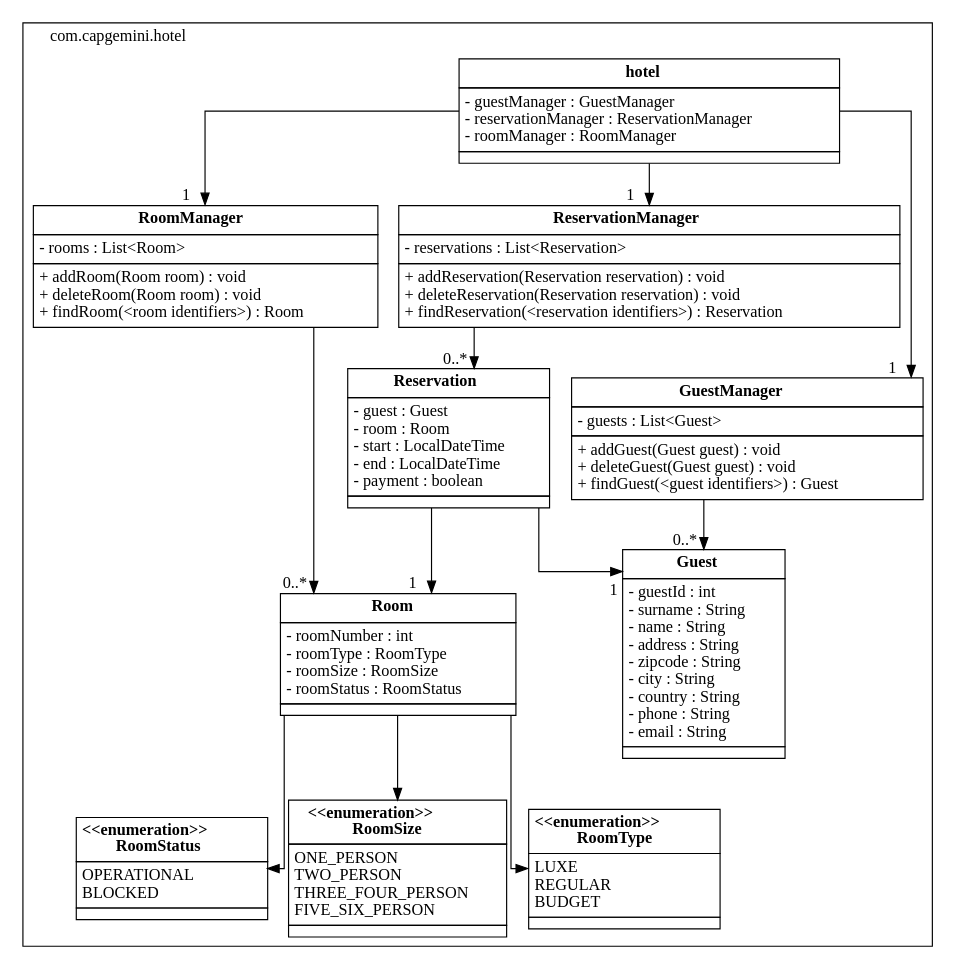
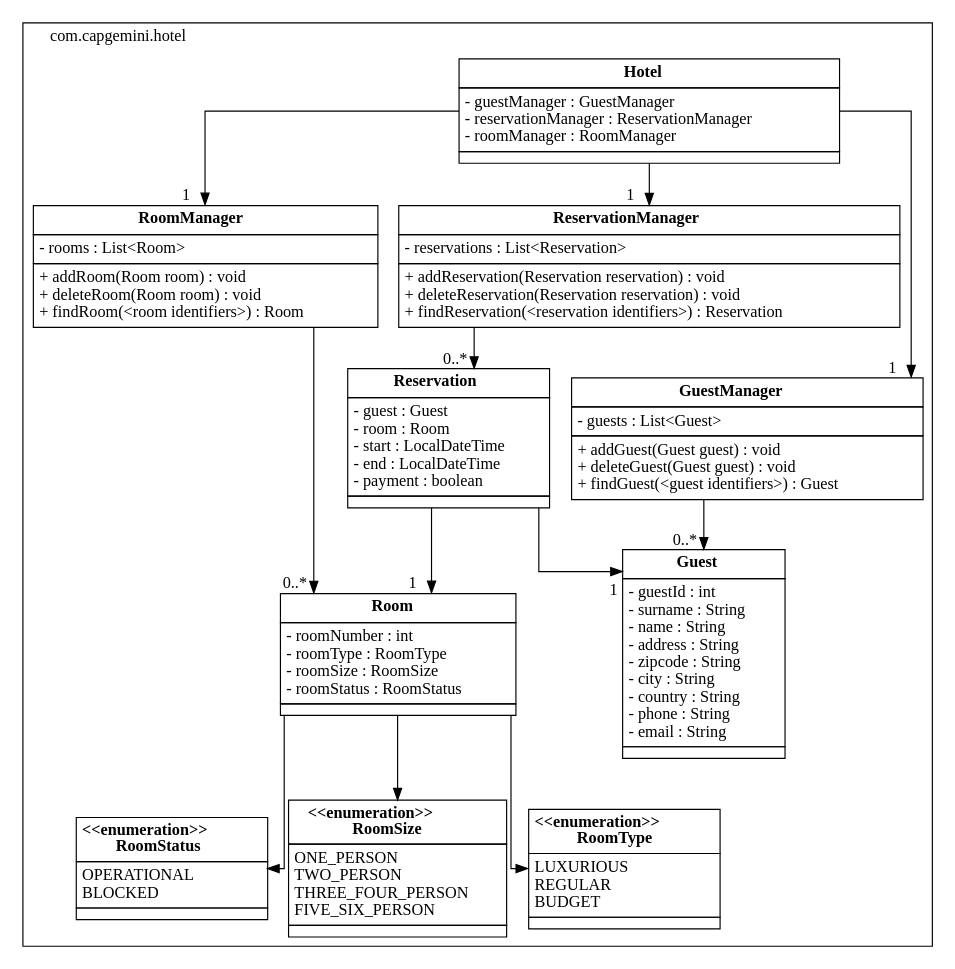
Before and after one commit to Gh0stR0ck/set-hotel-app: the diagram in documents/class_diagram.dot, drawn with Graphviz. The commit also changed 1 other file, not shown here.

```diff
--- a/documents/class_diagram.dot
+++ b/documents/class_diagram.dot
@@ -1,190 +1,190 @@
 digraph {
 	forcelabels=true;
 	rankdir="TD";
 	splines=ortho;
 	
 	edge [
 		labelangle=65;
 		labeldistance=1.8;
 	];
 	
 	node [
 		shape=none;
 		margin=0;
 	];
 	
 	subgraph cluster_capgemini_hotel {
 		label="com.capgemini.hotel";
 		labeljust="l";
 		
 		room_status [
 			label=<<TABLE BORDER="0" CELLBORDER="1" CELLSPACING="0" CELLPADDING="4">
 				<TR><TD ALIGN="CENTER" BALIGN="CENTER"><B>
 					&lt;&lt;enumeration&gt;&gt; <BR/>
 					RoomStatus
 				</B></TD></TR>
 				<TR><TD ALIGN="LEFT" BALIGN="LEFT">
 					OPERATIONAL <BR/>
 					BLOCKED
 				</TD></TR>
 				<TR><TD ALIGN="LEFT" BALIGN="LEFT">
 				</TD></TR>
 			</TABLE>>
 		];
 		room_size [
 			label=<<TABLE BORDER="0" CELLBORDER="1" CELLSPACING="0" CELLPADDING="4">
 				<TR><TD ALIGN="CENTER" BALIGN="CENTER"><B>
 					&lt;&lt;enumeration&gt;&gt; <BR/>
 					RoomSize
 				</B></TD></TR>
 				<TR><TD ALIGN="LEFT" BALIGN="LEFT">
 					ONE_PERSON <BR/>
 					TWO_PERSON <BR/>
 					THREE_FOUR_PERSON <BR/>
 					FIVE_SIX_PERSON
 				</TD></TR>
 				<TR><TD ALIGN="LEFT" BALIGN="LEFT">
 				</TD></TR>
 			</TABLE>>
 		];
 		room_type [
 			label=<<TABLE BORDER="0" CELLBORDER="1" CELLSPACING="0" CELLPADDING="4">
 				<TR><TD ALIGN="CENTER" BALIGN="CENTER"><B>
 					&lt;&lt;enumeration&gt;&gt; <BR/>
 					RoomType
 				</B></TD></TR>
 				<TR><TD ALIGN="LEFT" BALIGN="LEFT">
-					LUXE <BR/>
+					LUXURIOUS <BR/>
 					REGULAR <BR/>
 					BUDGET
 				</TD></TR>
 				<TR><TD ALIGN="LEFT" BALIGN="LEFT">
 				</TD></TR>
 			</TABLE>>
 		];
 		room [
 			label=<<TABLE BORDER="0" CELLBORDER="1" CELLSPACING="0" CELLPADDING="4">
 				<TR><TD ALIGN="CENTER" BALIGN="CENTER"><B>
 					Room
 				</B></TD></TR>
 				<TR><TD ALIGN="LEFT" BALIGN="LEFT">
 					- roomNumber : int<BR/>
 					- roomType : RoomType<BR/>
 					- roomSize : RoomSize<BR/>
 					- roomStatus : RoomStatus
 				</TD></TR>
 				<TR><TD ALIGN="LEFT" BALIGN="LEFT">
 				</TD></TR>
 			</TABLE>>
 		];
 		reservation [
 			label=<<TABLE BORDER="0" CELLBORDER="1" CELLSPACING="0" CELLPADDING="4">
 				<TR><TD ALIGN="CENTER" BALIGN="CENTER"><B>
 					Reservation
 				</B></TD></TR>
 				<TR><TD ALIGN="LEFT" BALIGN="LEFT">
 					- guest : Guest<BR/>
 					- room : Room<BR/>
 					- start : LocalDateTime<BR/>
 					- end : LocalDateTime<BR/>
 					- payment : boolean
 				</TD></TR>
 				<TR><TD ALIGN="LEFT" BALIGN="LEFT">
 				</TD></TR>
 			</TABLE>>
 		];
 		guest [
 			label=<<TABLE BORDER="0" CELLBORDER="1" CELLSPACING="0" CELLPADDING="4">
 				<TR><TD ALIGN="CENTER" BALIGN="CENTER"><B>
 					Guest
 				</B></TD></TR>
 				<TR><TD ALIGN="LEFT" BALIGN="LEFT">
 					- guestId : int<BR/>
 					- surname : String<BR/>
 					- name : String<BR/>
 					- address : String<BR/>
 					- zipcode : String<BR/>
 					- city : String<BR/>
 					- country : String<BR/>
 					- phone : String<BR/>
 					- email : String
 				</TD></TR>
 				<TR><TD ALIGN="LEFT" BALIGN="LEFT">
 				</TD></TR>
 			</TABLE>>
 		];
 		room_manager [
 			label=<<TABLE BORDER="0" CELLBORDER="1" CELLSPACING="0" CELLPADDING="4">
 				<TR><TD ALIGN="CENTER" BALIGN="CENTER"><B>
 					RoomManager
 				</B></TD></TR>
 				<TR><TD ALIGN="LEFT" BALIGN="LEFT">
 					- rooms : List&lt;Room&gt;
 				</TD></TR>
 				<TR><TD ALIGN="LEFT" BALIGN="LEFT">
 					+ addRoom(Room room) : void<BR/>
 					+ deleteRoom(Room room) : void<BR/>
 					+ findRoom(&lt;room identifiers&gt;) : Room
 				</TD></TR>
 			</TABLE>>
 		];
 		guest_manager [
 			label=<<TABLE BORDER="0" CELLBORDER="1" CELLSPACING="0" CELLPADDING="4">
 				<TR><TD ALIGN="CENTER" BALIGN="CENTER"><B>
 					GuestManager
 				</B></TD></TR>
 				<TR><TD ALIGN="LEFT" BALIGN="LEFT">
 					- guests : List&lt;Guest&gt;
 				</TD></TR>
 				<TR><TD ALIGN="LEFT" BALIGN="LEFT">
 					+ addGuest(Guest guest) : void<BR/>
 					+ deleteGuest(Guest guest) : void<BR/>
 					+ findGuest(&lt;guest identifiers&gt;) : Guest
 				</TD></TR>
 			</TABLE>>
 		];
 		reservation_manager [
 			label=<<TABLE BORDER="0" CELLBORDER="1" CELLSPACING="0" CELLPADDING="4">
 				<TR><TD ALIGN="CENTER" BALIGN="CENTER"><B>
 					ReservationManager
 				</B></TD></TR>
 				<TR><TD ALIGN="LEFT" BALIGN="LEFT">
 					- reservations : List&lt;Reservation&gt;
 				</TD></TR>
 				<TR><TD ALIGN="LEFT" BALIGN="LEFT">
 					+ addReservation(Reservation reservation) : void<BR/>
 					+ deleteReservation(Reservation reservation) : void<BR/>
 					+ findReservation(&lt;reservation identifiers&gt;) : Reservation
 				</TD></TR>
 			</TABLE>>
 		];
 		hotel [
 			label=<<TABLE BORDER="0" CELLBORDER="1" CELLSPACING="0" CELLPADDING="4">
 				<TR><TD ALIGN="CENTER" BALIGN="CENTER"><B>
-					hotel
+					Hotel
 				</B></TD></TR>
 				<TR><TD ALIGN="LEFT" BALIGN="LEFT">
 					- guestManager : GuestManager<BR/>
 					- reservationManager : ReservationManager<BR/>
 					- roomManager : RoomManager
 				</TD></TR>
 				<TR><TD ALIGN="LEFT" BALIGN="LEFT">
 				</TD></TR>
 			</TABLE>>
 		];
 	}
 	reservation -> guest [headlabel="1"];
 	reservation -> room [headlabel="1"];
 	
 	room -> room_size;
 	room -> room_status;
 	room -> room_type;
 	
 	hotel -> guest_manager[headlabel="1"];
 	hotel -> reservation_manager[headlabel="1"];
 	hotel -> room_manager[headlabel="1"];
 	
 	guest_manager -> guest [headlabel="0..*"];
 	reservation_manager -> reservation [headlabel="0..*"];
 	room_manager -> room [headlabel="0..*"];
 }
```
